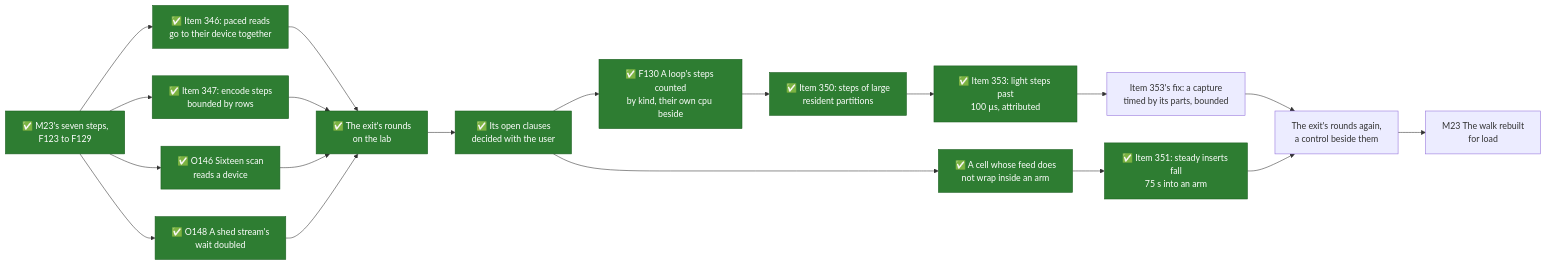
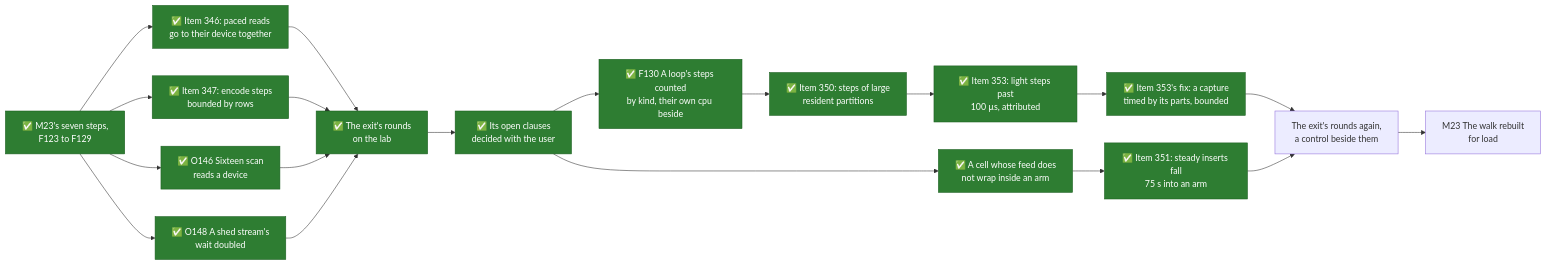
Before and after one commit to mjcarson/shoal: the third of 5 diagrams in docs/src/future-work/scans/whats-left-todo.md, drawn with Mermaid. The commit also changed other lines of this file and 66 other files, not shown here.

````diff
--- a/docs/src/future-work/scans/whats-left-todo.md
+++ b/docs/src/future-work/scans/whats-left-todo.md
@@ -167,27 +170,27 @@
 ```mermaid
 flowchart LR
     classDef done fill:#2e7d32,stroke:#1b5e20,color:#ffffff
     Steps["✅ M23's seven steps,<br>F123 to F129"]:::done
     I346["✅ Item 346: paced reads<br>go to their device together"]:::done
     I347["✅ Item 347: encode steps<br>bounded by rows"]:::done
     O146["✅ O146 Sixteen scan<br>reads a device"]:::done
     O148["✅ O148 A shed stream's<br>wait doubled"]:::done
     Exit["✅ The exit's rounds<br>on the lab"]:::done
     Decided["✅ Its open clauses<br>decided with the user"]:::done
     Count["✅ F130 A loop's steps counted<br>by kind, their own cpu beside"]:::done
     I350["✅ Item 350: steps of large<br>resident partitions"]:::done
     I353["✅ Item 353: light steps past<br>100 µs, attributed"]:::done
-    I353f["Item 353's fix: a capture<br>timed by its parts, bounded"]
+    I353f["✅ Item 353's fix: a capture<br>timed by its parts, bounded"]:::done
     Cell["✅ A cell whose feed does<br>not wrap inside an arm"]:::done
     I351["✅ Item 351: steady inserts fall<br>75 s into an arm"]:::done
     Again["The exit's rounds again,<br>a control beside them"]
     M23["M23 The walk rebuilt<br>for load"]
     Steps --> I346 --> Exit
     Steps --> I347 --> Exit
     Steps --> O146 --> Exit
     Steps --> O148 --> Exit
     Exit --> Decided
     Decided --> Count --> I350 --> I353 --> I353f --> Again
     Decided --> Cell --> I351 --> Again
     Again --> M23
 ```
````
